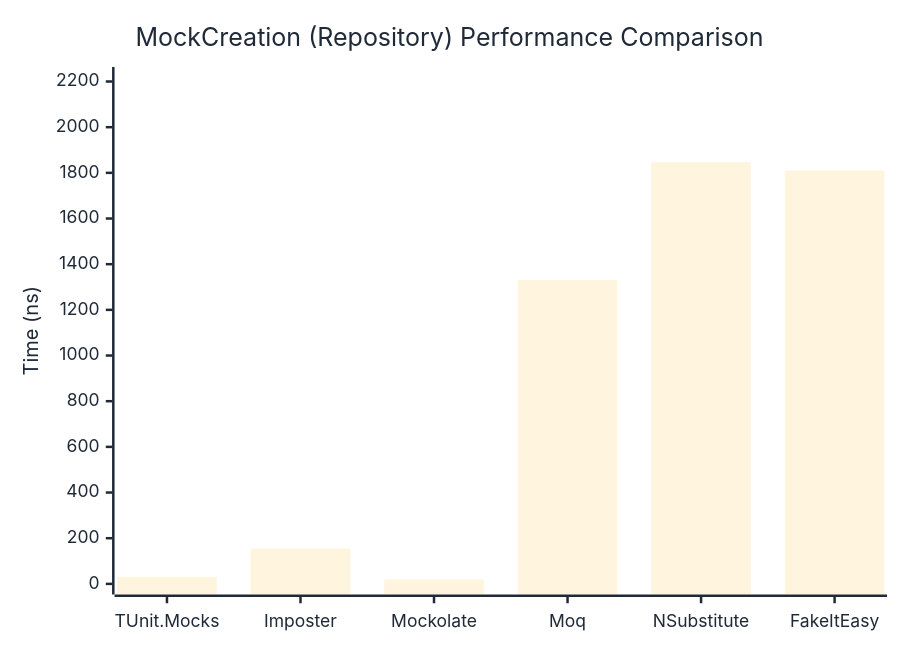
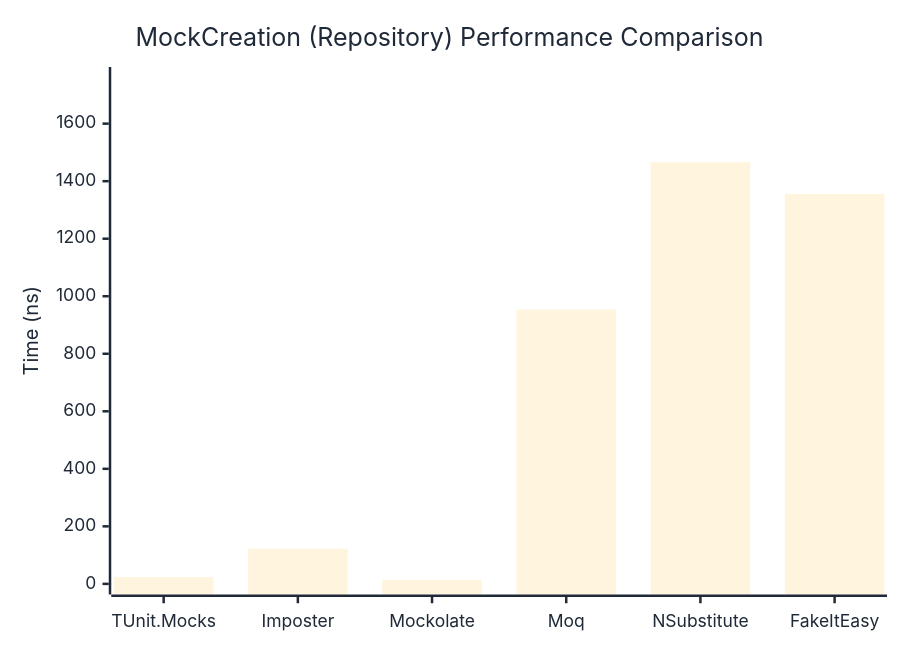
Before and after one commit to thomhurst/TUnit: the second of 2 diagrams in docs/docs/benchmarks/mocks/MockCreation.md, drawn with Mermaid. The commit also changed other lines of this file and 14 other files, not shown here.

````diff
--- a/docs/docs/benchmarks/mocks/MockCreation.md
+++ b/docs/docs/benchmarks/mocks/MockCreation.md
@@ -71,27 +71,27 @@
 ```mermaid
 %%{init: {
   'theme':'base',
   'themeVariables': {
     'primaryColor': '#2563eb',
     'primaryTextColor': '#1f2937',
     'primaryBorderColor': '#1e40af',
     'lineColor': '#6b7280',
     'secondaryColor': '#7c3aed',
     'tertiaryColor': '#dc2626',
     'background': '#ffffff',
     'pie1': '#2563eb',
     'pie2': '#7c3aed',
     'pie3': '#dc2626',
     'pie4': '#f59e0b',
     'pie5': '#10b981',
     'pie6': '#06b6d4',
     'pie7': '#ec4899',
     'pie8': '#6366f1'
   }
 }}%%
 xychart-beta
   title "MockCreation (Repository) Performance Comparison"
   x-axis ["TUnit.Mocks", "Imposter", "Mockolate", "Moq", "NSubstitute", "FakeItEasy"]
-  y-axis "Time (ns)" 0 --> 2217
-  bar [30.81, 154.92, 19.49, 1330.23, 1846.78, 1809.61]
+  y-axis "Time (ns)" 0 --> 1760
+  bar [23.43, 122.21, 13.93, 953.66, 1466.01, 1355.37]
 ```
````
